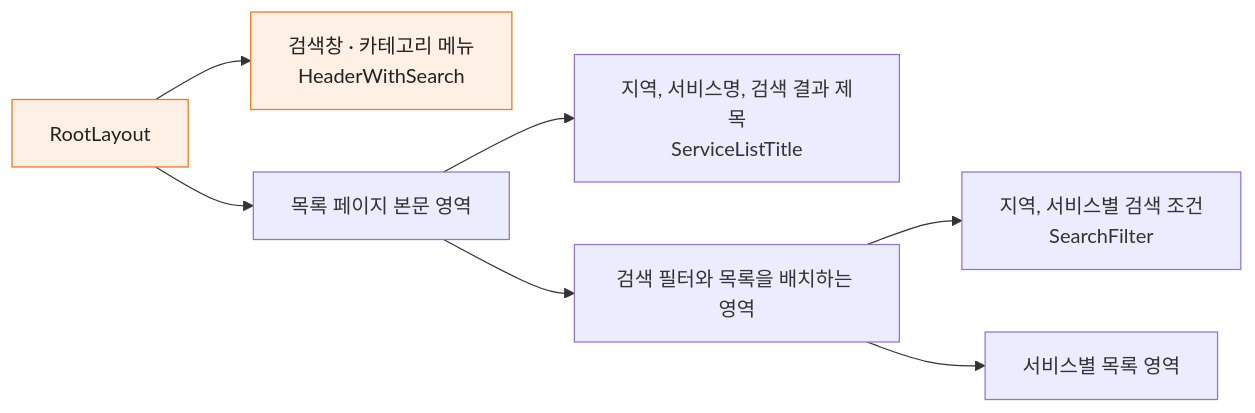
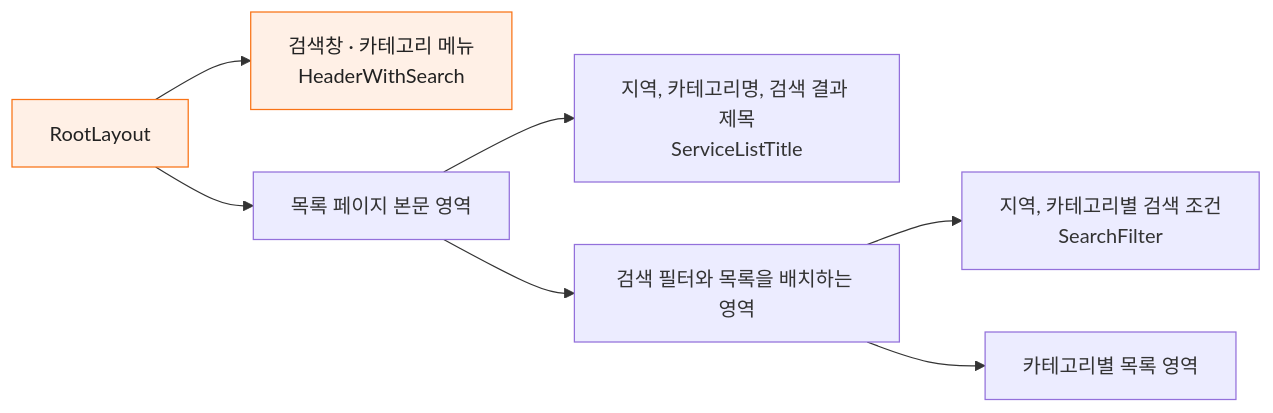
The first of 4 diagrams in README.md (doitdso753/carrot-client-clone), drawn with Mermaid before and after one commit. The commit also changed other lines of this file, not shown here.

````diff
--- a/README.md
+++ b/README.md
@@ -85,12 +85,12 @@
 ```mermaid
 flowchart LR
     Root["RootLayout"] --> Header["검색창 · 카테고리 메뉴<br/>HeaderWithSearch"]
     Root --> Main["목록 페이지 본문 영역"]
-    Main --> Title["지역, 서비스명, 검색 결과 제목<br/>ServiceListTitle"]
+    Main --> Title["지역, 카테고리명, 검색 결과 제목<br/>ServiceListTitle"]
     Main --> Body["검색 필터와 목록을 배치하는 영역"]
-    Body --> Filter["지역, 서비스별 검색 조건<br/>SearchFilter"]
-    Body --> Items["서비스별 목록 영역"]
+    Body --> Filter["지역, 카테고리별 검색 조건<br/>SearchFilter"]
+    Body --> Items["카테고리별 목록 영역"]
 
     classDef shared fill:#fff0e6,stroke:#f97316,color:#222
     class Root,Header shared
 ```
````
